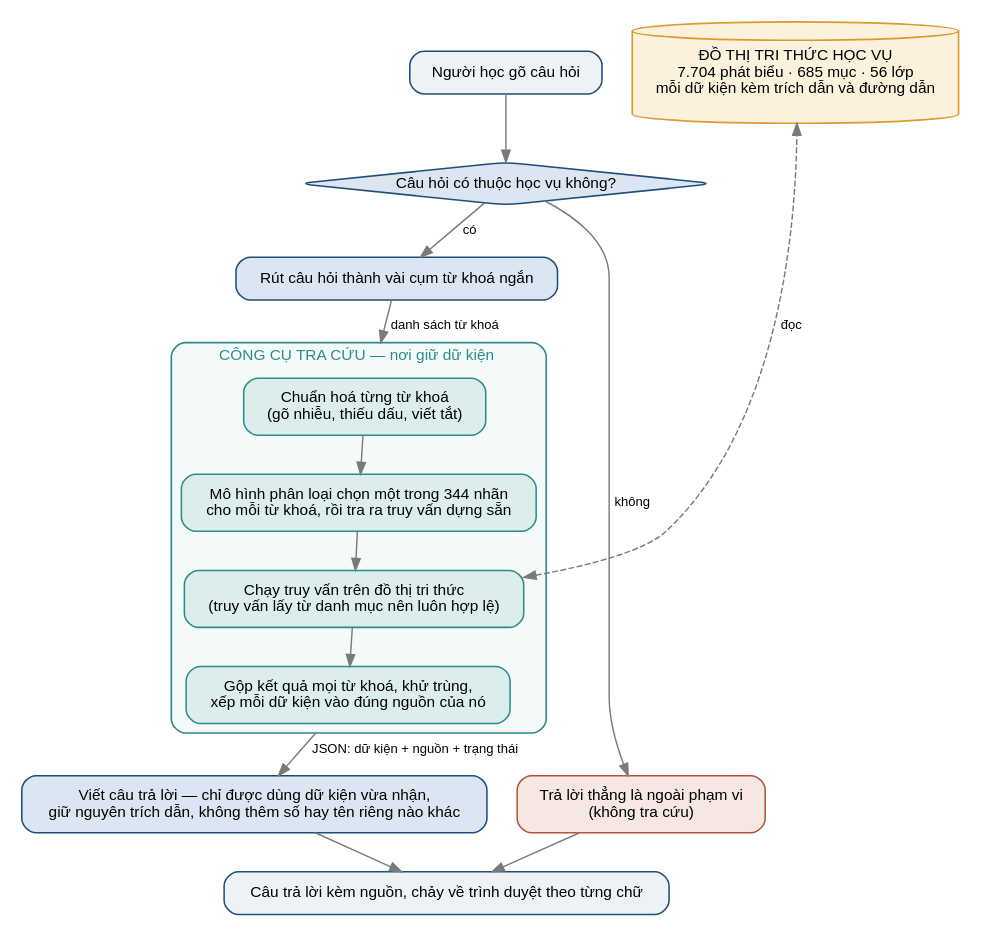
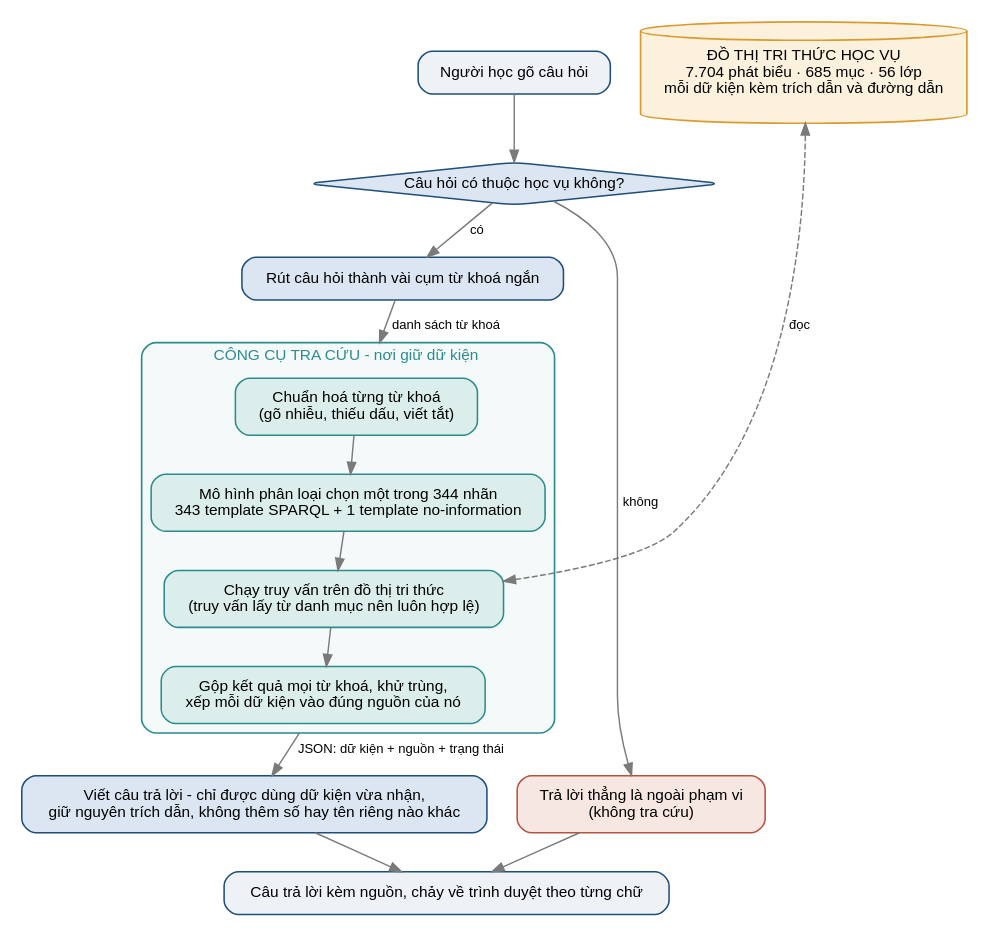
One commit to vpthinh19/ontology-chatbot changed the diagram in artifacts/figures/processing-flow.dot. Above: the diagram before and after it, drawn with Graphviz. The commit also changed 19 other files, not shown here.

```diff
--- a/artifacts/figures/processing-flow.dot
+++ b/artifacts/figures/processing-flow.dot
@@ -1,43 +1,43 @@
 digraph luong_xu_ly {
   pad=0.15;
   rankdir=TB; bgcolor="white"; nodesep=0.35; ranksep=0.45; compound=true;
   node [shape=box, style="rounded,filled", fontname="Liberation Sans", fontsize=13,
         color="#c9c4bd", penwidth=1.3, margin="0.22,0.14"];
   edge [fontname="Liberation Sans", fontsize=11, color="#7a7a7a", penwidth=1.2];
 
   nguoi [label="Người học gõ câu hỏi", fillcolor="#eef2f7", color="#1f4e79"];
   quyet [label="Câu hỏi có thuộc học vụ không?", shape=diamond,
          fillcolor="#dce6f2", color="#1f4e79", margin="0.10,0.04"];
   ngoai [label="Trả lời thẳng là ngoài phạm vi\n(không tra cứu)", fillcolor="#f6e7e3", color="#b3543f"];
   rut   [label="Rút câu hỏi thành vài cụm từ khoá ngắn", fillcolor="#dce6f2", color="#1f4e79"];
 
   subgraph cluster_tool {
-    label="  CÔNG CỤ TRA CỨU — nơi giữ dữ kiện  ";
+    label="  CÔNG CỤ TRA CỨU - nơi giữ dữ kiện  ";
     labelloc=t; fontname="Liberation Sans"; fontsize=13; fontcolor="#2e8b8b";
     color="#2e8b8b"; style="rounded"; bgcolor="#f4faf9"; penwidth=1.4;
     chuan [label="Chuẩn hoá từng từ khoá\n(gõ nhiễu, thiếu dấu, viết tắt)", fillcolor="#dbeeec", color="#2e8b8b"];
-    sinh  [label="Mô hình phân loại chọn một trong 344 nhãn\ncho mỗi từ khoá, rồi tra ra truy vấn dựng sẵn", fillcolor="#dbeeec", color="#2e8b8b"];
+    sinh  [label="Mô hình phân loại chọn một trong 344 nhãn\n343 template SPARQL + 1 template no-information", fillcolor="#dbeeec", color="#2e8b8b"];
     chay  [label="Chạy truy vấn trên đồ thị tri thức\n(truy vấn lấy từ danh mục nên luôn hợp lệ)",
            fillcolor="#dbeeec", color="#2e8b8b"];
     gop   [label="Gộp kết quả mọi từ khoá, khử trùng,\nxếp mỗi dữ kiện vào đúng nguồn của nó",
            fillcolor="#dbeeec", color="#2e8b8b"];
     chuan -> sinh -> chay -> gop;
   }
 
   onto [label="ĐỒ THỊ TRI THỨC HỌC VỤ\n7.704 phát biểu · 685 mục · 56 lớp\nmỗi dữ kiện kèm trích dẫn và đường dẫn",
         shape=cylinder, style=filled, fillcolor="#fbf1dd", color="#d99b30", penwidth=1.4];
 
-  viet [label="Viết câu trả lời — chỉ được dùng dữ kiện vừa nhận,\ngiữ nguyên trích dẫn, không thêm số hay tên riêng nào khác",
+  viet [label="Viết câu trả lời - chỉ được dùng dữ kiện vừa nhận,\ngiữ nguyên trích dẫn, không thêm số hay tên riêng nào khác",
         fillcolor="#dce6f2", color="#1f4e79"];
   tra  [label="Câu trả lời kèm nguồn, chảy về trình duyệt theo từng chữ",
         fillcolor="#eef2f7", color="#1f4e79"];
 
   nguoi -> quyet;
   quyet -> ngoai [label="  không  "];
   quyet -> rut   [label="  có  "];
   rut -> chuan [lhead=cluster_tool, label="  danh sách từ khoá  "];
   gop -> viet [ltail=cluster_tool, label="  JSON: dữ kiện + nguồn + trạng thái  "];
   chay -> onto [label="  đọc  ", constraint=false, style=dashed, dir=both];
   viet -> tra;
   ngoai -> tra;
 }
```
